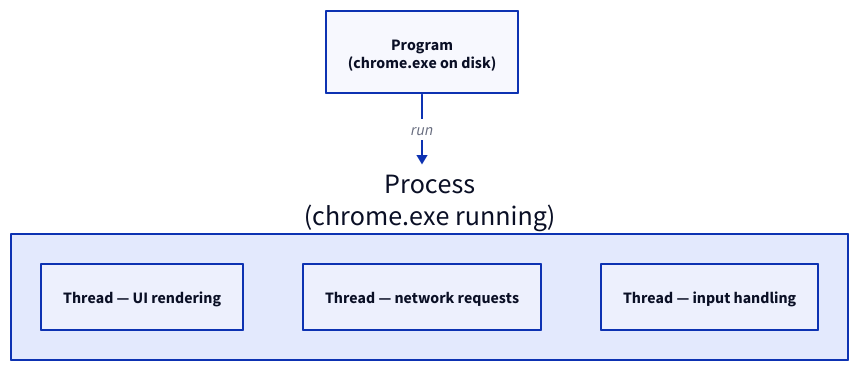
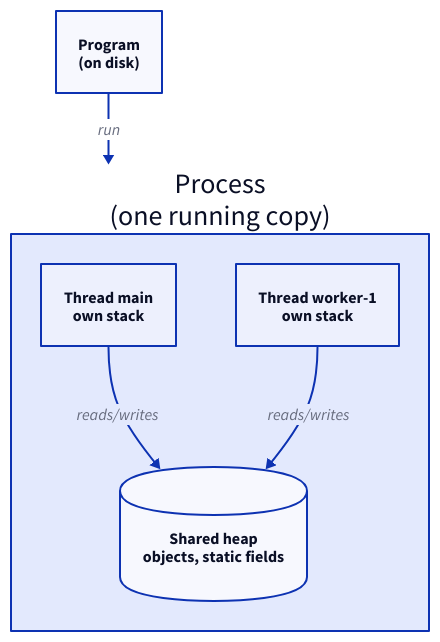
One commit to ani2fun/low-level-design-guide changed the first of 4 diagrams in 06-multithreading-concurrency/01-basics-of-multithreading-concurrency.md. Above: the diagram before and after it, drawn with D2. The commit also changed other lines of this file and 5 other files, not shown here.

````diff
--- a/06-multithreading-concurrency/01-basics-of-multithreading-concurrency.md
+++ b/06-multithreading-concurrency/01-basics-of-multithreading-concurrency.md
@@ -70,9 +66,11 @@
 ```d2
-program: "Program\n(chrome.exe on disk)" { shape: rectangle }
-process: "Process\n(chrome.exe running)" {
-  thread1: "Thread — UI rendering" { shape: rectangle }
-  thread2: "Thread — network requests" { shape: rectangle }
-  thread3: "Thread — input handling" { shape: rectangle }
+program: "Program\n(on disk)" { shape: rectangle }
+process: "Process\n(one running copy)" {
+  heap: "Shared heap\nobjects, static fields" { shape: cylinder }
+  t1: "Thread main\nown stack" { shape: rectangle }
+  t2: "Thread worker-1\nown stack" { shape: rectangle }
+  t1 -> heap: "reads/writes"
+  t2 -> heap: "reads/writes"
 }
 program -> process: "run"
 ```
````
